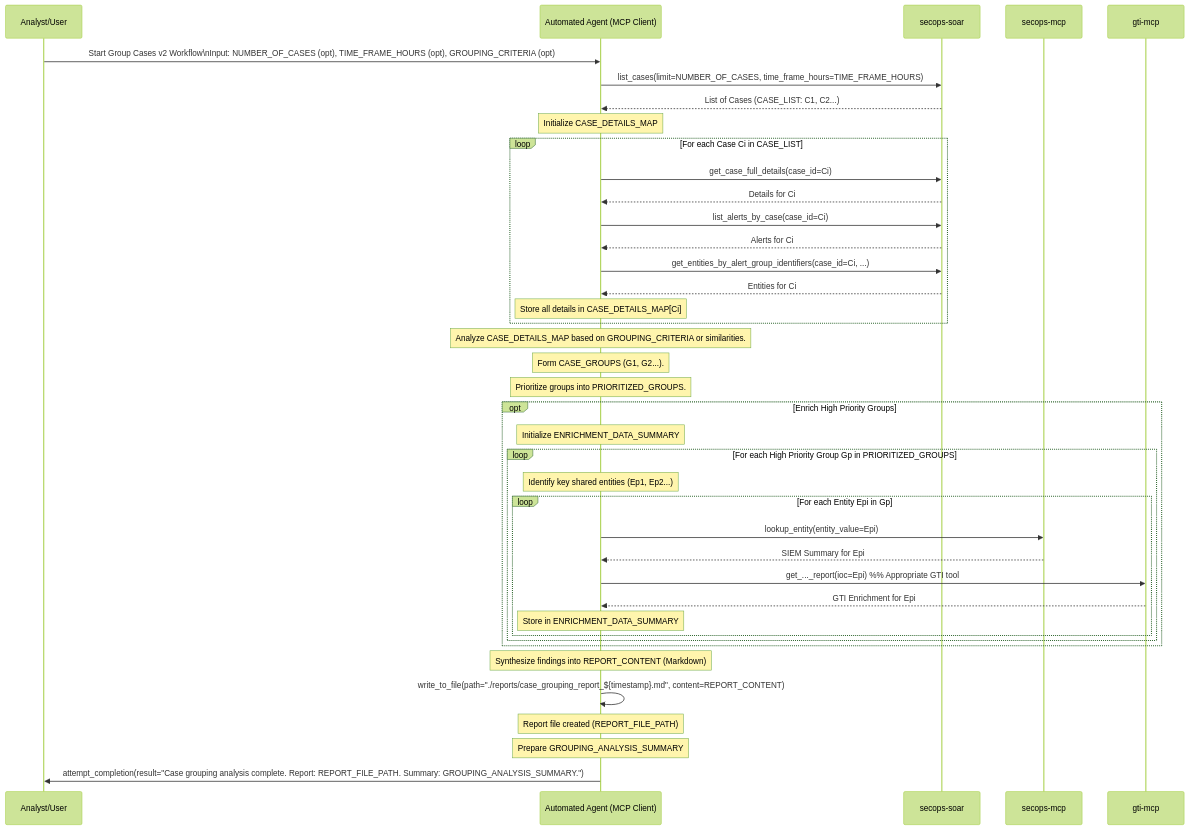
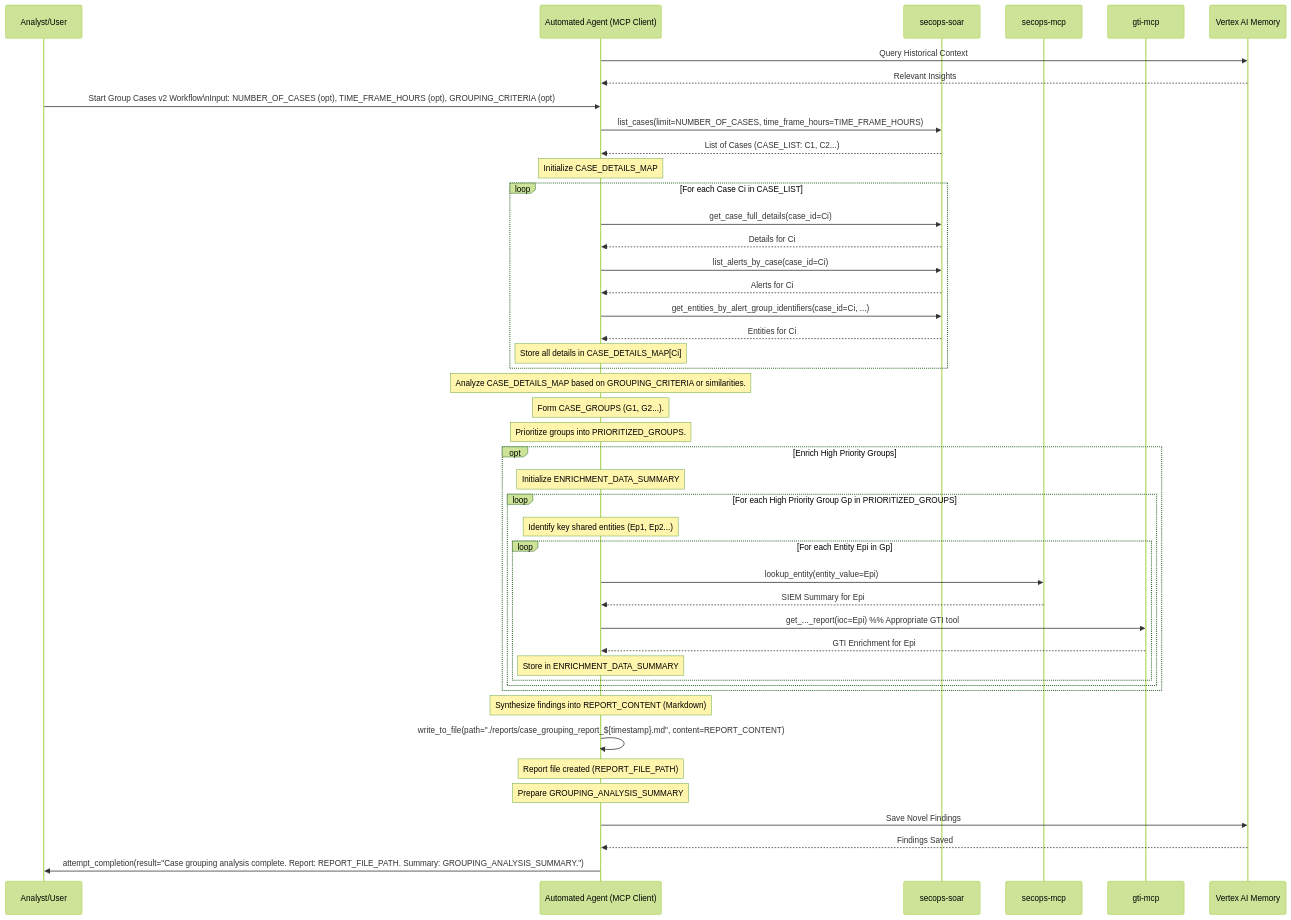
Before and after one commit to dandye/adk_runbooks: the diagram in rules-bank/run_books/group_cases_v2.md, drawn with Mermaid (forest theme). The commit also changed other lines of this file and 125 other files, not shown here.

````diff
--- a/rules-bank/run_books/group_cases_v2.md
+++ b/rules-bank/run_books/group_cases_v2.md
@@ -59,55 +61,64 @@
 ```{mermaid}
 sequenceDiagram
     participant Analyst/User
     participant AutomatedAgent as Automated Agent (MCP Client)
     participant SOAR as secops-soar
     participant SIEM as secops-mcp
     participant GTI as gti-mcp
+    participant Memory as Vertex AI Memory
 
+
+    %% Step: Query Memory Context
+    AutomatedAgent->>Memory: Query Historical Context
+    Memory-->>AutomatedAgent: Relevant Insights
     Analyst/User->>AutomatedAgent: Start Group Cases v2 Workflow\nInput: NUMBER_OF_CASES (opt), TIME_FRAME_HOURS (opt), GROUPING_CRITERIA (opt)
 
     %% Step 1: List Cases
     AutomatedAgent->>SOAR: list_cases(limit=NUMBER_OF_CASES, time_frame_hours=TIME_FRAME_HOURS)
     SOAR-->>AutomatedAgent: List of Cases (CASE_LIST: C1, C2...)
 
     %% Step 2: Gather Details
     Note over AutomatedAgent: Initialize CASE_DETAILS_MAP
     loop For each Case Ci in CASE_LIST
         AutomatedAgent->>SOAR: get_case_full_details(case_id=Ci)
         SOAR-->>AutomatedAgent: Details for Ci
         AutomatedAgent->>SOAR: list_alerts_by_case(case_id=Ci)
         SOAR-->>AutomatedAgent: Alerts for Ci
         AutomatedAgent->>SOAR: get_entities_by_alert_group_identifiers(case_id=Ci, ...)
         SOAR-->>AutomatedAgent: Entities for Ci
         Note over AutomatedAgent: Store all details in CASE_DETAILS_MAP[Ci]
     end
 
     %% Step 3 & 4: Group & Prioritize
     Note over AutomatedAgent: Analyze CASE_DETAILS_MAP based on GROUPING_CRITERIA or similarities.
     Note over AutomatedAgent: Form CASE_GROUPS (G1, G2...).
     Note over AutomatedAgent: Prioritize groups into PRIORITIZED_GROUPS.
 
     %% Step 5: Enrich (Optional)
     opt Enrich High Priority Groups
         Note over AutomatedAgent: Initialize ENRICHMENT_DATA_SUMMARY
         loop For each High Priority Group Gp in PRIORITIZED_GROUPS
             Note over AutomatedAgent: Identify key shared entities (Ep1, Ep2...)
             loop For each Entity Epi in Gp
                 AutomatedAgent->>SIEM: lookup_entity(entity_value=Epi)
                 SIEM-->>AutomatedAgent: SIEM Summary for Epi
                 AutomatedAgent->>GTI: get_..._report(ioc=Epi) %% Appropriate GTI tool
                 GTI-->>AutomatedAgent: GTI Enrichment for Epi
                 Note over AutomatedAgent: Store in ENRICHMENT_DATA_SUMMARY
             end
         end
     end
 
     %% Step 6: Generate Report
     Note over AutomatedAgent: Synthesize findings into REPORT_CONTENT (Markdown)
     AutomatedAgent->>AutomatedAgent: write_to_file(path="./reports/case_grouping_report_${timestamp}.md", content=REPORT_CONTENT)
     Note over AutomatedAgent: Report file created (REPORT_FILE_PATH)
     Note over AutomatedAgent: Prepare GROUPING_ANALYSIS_SUMMARY
 
+
+    %% Step: Save Findings to Memory
+    AutomatedAgent->>Memory: Save Novel Findings
+    Memory-->>AutomatedAgent: Findings Saved
     AutomatedAgent->>Analyst/User: attempt_completion(result="Case grouping analysis complete. Report: REPORT_FILE_PATH. Summary: GROUPING_ANALYSIS_SUMMARY.")
 
 ```
````
